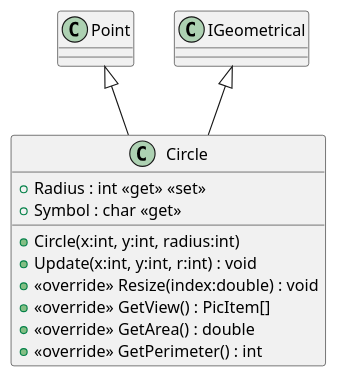
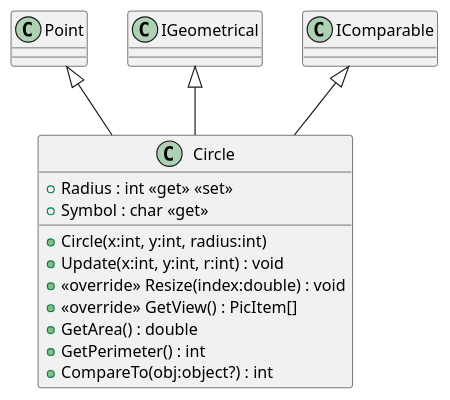
The diagram in plantuml/20240701_HW_Inheritence/Circle.puml (19vano97/levelUpOOP), drawn with PlantUML before and after one commit. The commit also changed 40 other files, not shown here.

```diff
--- a/plantuml/20240701_HW_Inheritence/Circle.puml
+++ b/plantuml/20240701_HW_Inheritence/Circle.puml
@@ -1,14 +1,16 @@
 @startuml
 class Circle {
     + Circle(x:int, y:int, radius:int)
     + Radius : int <<get>> <<set>>
     + Symbol : char <<get>>
     + Update(x:int, y:int, r:int) : void
     + <<override>> Resize(index:double) : void
     + <<override>> GetView() : PicItem[]
-    + <<override>> GetArea() : double
-    + <<override>> GetPerimeter() : int
+    + GetArea() : double
+    + GetPerimeter() : int
+    + CompareTo(obj:object?) : int
 }
 Point <|-- Circle
 IGeometrical <|-- Circle
+IComparable <|-- Circle
 @enduml
```
